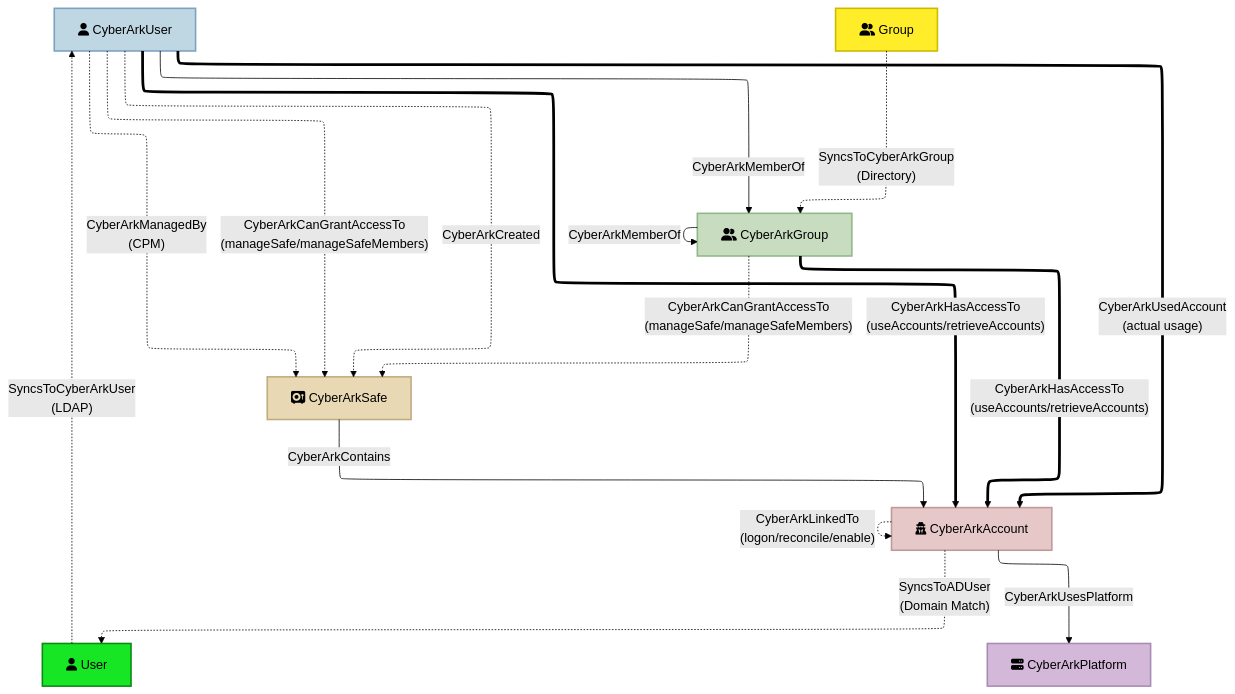
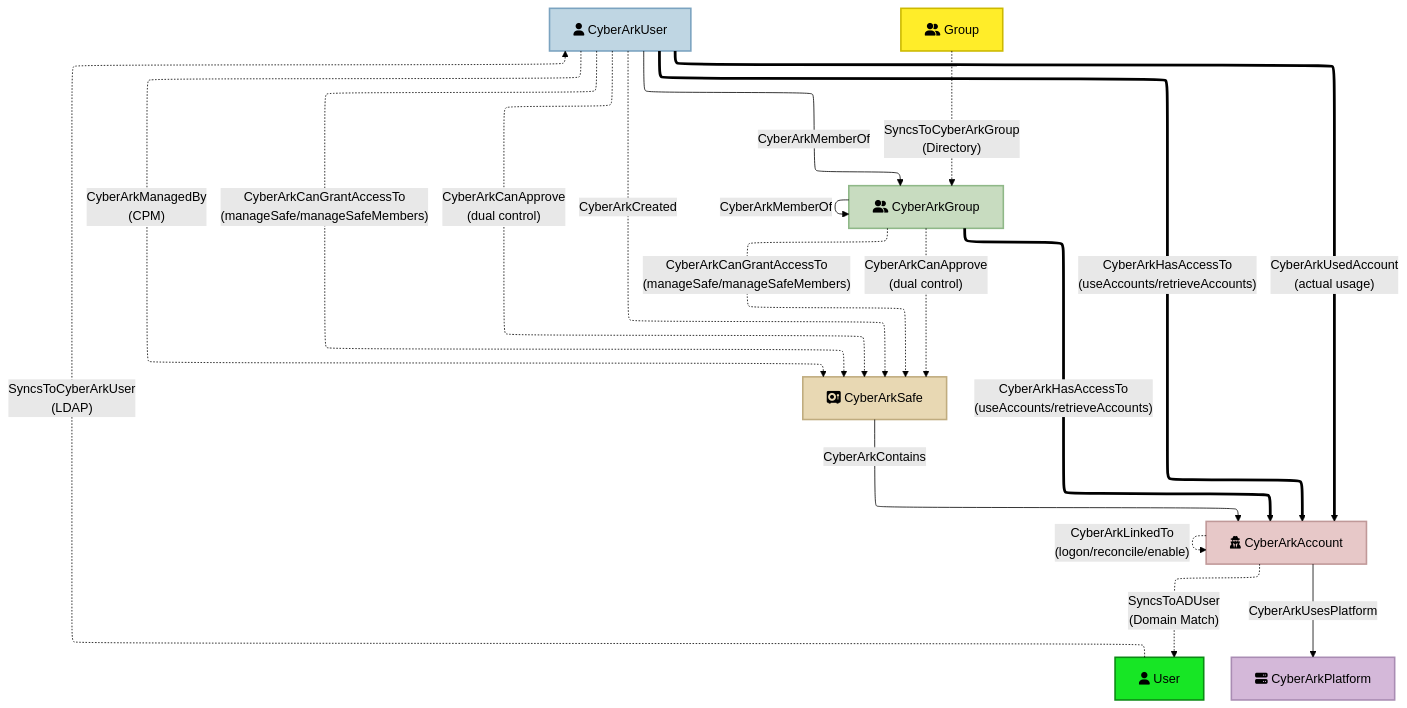
Before and after one commit to jazofra/CyberArkHound: the diagram in README.md, drawn with Mermaid (forest theme). The commit also changed other lines of this file and 2 other files, not shown here.

First line of the commit message:
Add dual control (double approval) awareness to graph model

````diff
--- a/README.md
+++ b/README.md
@@ -564,29 +606,31 @@
 ```mermaid
 ---
 config:
  layout: elk
 ---
 flowchart TD
  User["fa:fa-user User"] -. SyncsToCyberArkUser<br>(LDAP) .-> CyberArkUser["fa:fa-user CyberArkUser"]
  Group["fa:fa-user-group Group"] -. SyncsToCyberArkGroup<br>(Directory) .-> CyberArkGroup["fa:fa-user-group CyberArkGroup"]
  CyberArkAccount["fa:fa-user-secret CyberArkAccount"] -. SyncsToADUser<br>(Domain Match) .-> User
  CyberArkUser -- CyberArkMemberOf --> CyberArkGroup
  CyberArkGroup -- CyberArkMemberOf --> CyberArkGroup
  CyberArkUser == CyberArkHasAccessTo<br>(useAccounts/retrieveAccounts) ==> CyberArkAccount
  CyberArkGroup == CyberArkHasAccessTo<br>(useAccounts/retrieveAccounts) ==> CyberArkAccount
  CyberArkUser == CyberArkUsedAccount<br>(actual usage) ==> CyberArkAccount
  CyberArkUser -. CyberArkCanGrantAccessTo<br>(manageSafe/manageSafeMembers) .-> CyberArkSafe["fa:fa-vault CyberArkSafe"]
  CyberArkGroup -. CyberArkCanGrantAccessTo<br>(manageSafe/manageSafeMembers) .-> CyberArkSafe
+ CyberArkUser -. CyberArkCanApprove<br>(dual control) .-> CyberArkSafe
+ CyberArkGroup -. CyberArkCanApprove<br>(dual control) .-> CyberArkSafe
  CyberArkSafe -- CyberArkContains --> CyberArkAccount
  CyberArkUser -. CyberArkCreated .-> CyberArkSafe
  CyberArkUser -. CyberArkManagedBy<br>(CPM) .-> CyberArkSafe
  CyberArkAccount -. CyberArkLinkedTo<br>(logon/reconcile/enable) .-> CyberArkAccount
  CyberArkAccount -- CyberArkUsesPlatform --> CyberArkPlatform["fa:fa-server CyberArkPlatform"]
  style User fill:#17E625,stroke:#0B8A14,stroke-width:2px
  style CyberArkUser fill:#BFD6E3,stroke:#7BA3C0,stroke-width:2px
  style Group fill:#FFED29,stroke:#CCB900,stroke-width:2px
  style CyberArkGroup fill:#C8DCC0,stroke:#8FB888,stroke-width:2px
  style CyberArkAccount fill:#E7C8C8,stroke:#C09999,stroke-width:2px
  style CyberArkSafe fill:#E8D8B3,stroke:#C0AC7F,stroke-width:2px
  style CyberArkPlatform fill:#D4B8D9,stroke:#A98CB3,stroke-width:2px
 ```
````
